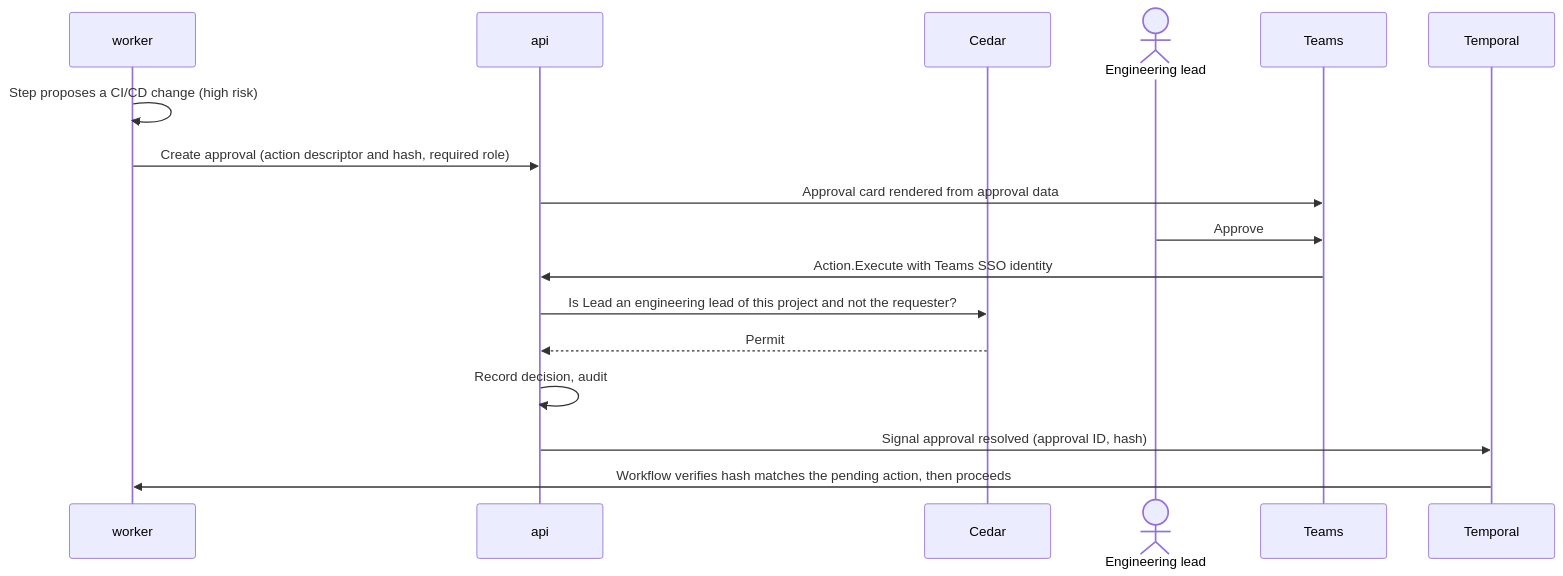
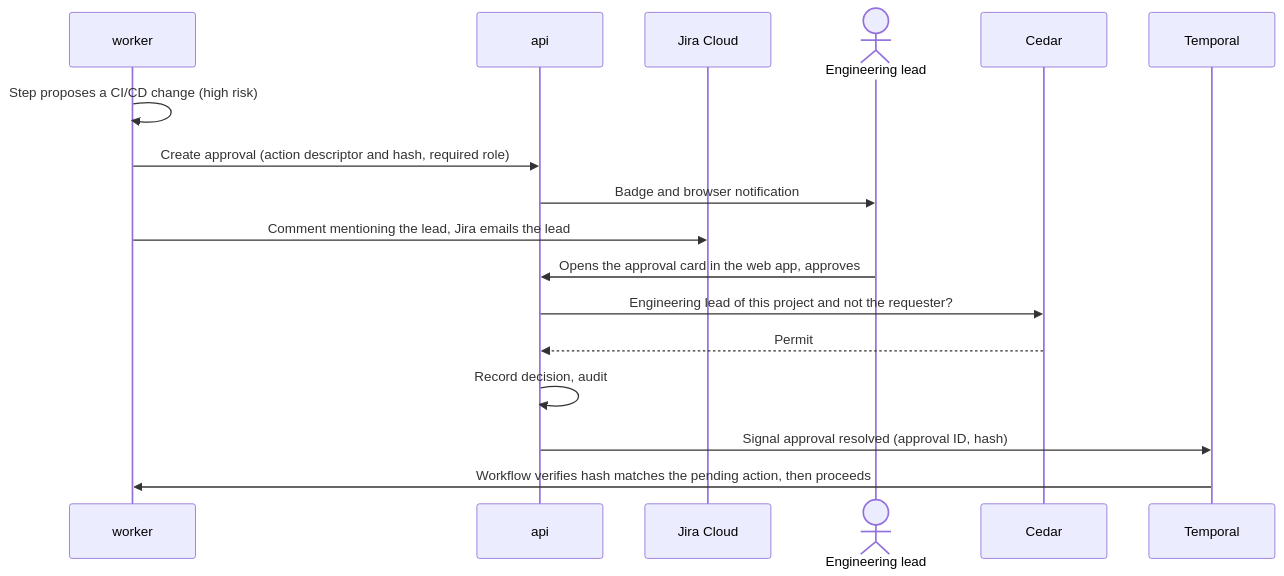
The fifth of 7 diagrams in docs/architecture.md (luigi-lt/orchestrator), drawn with Mermaid before and after one commit. The commit also changed other lines of this file and 2 other files, not shown here.

````diff
--- a/docs/architecture.md
+++ b/docs/architecture.md
@@ -419,19 +445,19 @@
 ```mermaid
 sequenceDiagram
   participant W as worker
   participant API as api
+  participant Jira as Jira Cloud
+  actor Lead as Engineering lead
   participant P as Cedar
-  actor Lead as Engineering lead
-  participant Teams as Teams
   participant T as Temporal
   W->>W: Step proposes a CI/CD change (high risk)
   W->>API: Create approval (action descriptor and hash, required role)
-  API->>Teams: Approval card rendered from approval data
-  Lead->>Teams: Approve
-  Teams->>API: Action.Execute with Teams SSO identity
-  API->>P: Is Lead an engineering lead of this project and not the requester?
+  API->>Lead: Badge and browser notification
+  W->>Jira: Comment mentioning the lead, Jira emails the lead
+  Lead->>API: Opens the approval card in the web app, approves
+  API->>P: Engineering lead of this project and not the requester?
   P-->>API: Permit
   API->>API: Record decision, audit
   API->>T: Signal approval resolved (approval ID, hash)
   T->>W: Workflow verifies hash matches the pending action, then proceeds
 ```
````
